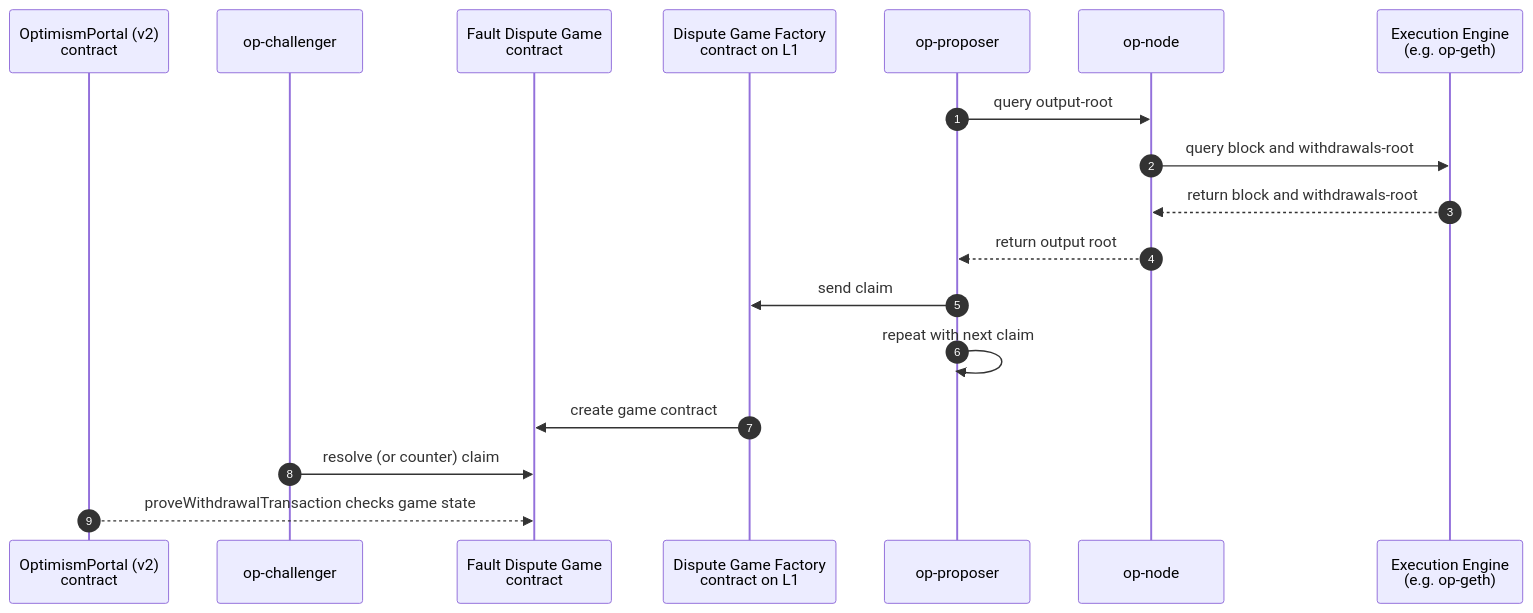
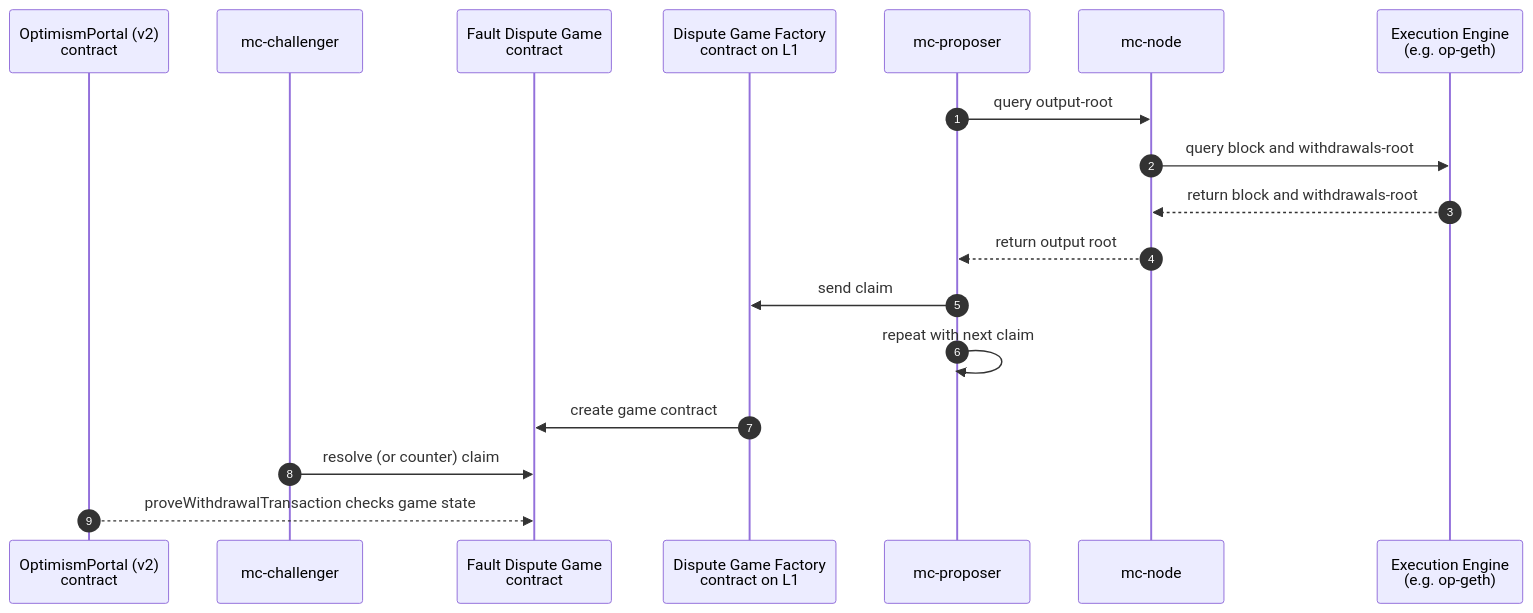
The diagram in releases/cannon-v1.6.0/mc-proposer/README.md (arunjot12/mind-chain), drawn with Mermaid before and after one commit. The commit also changed other lines of this file and 4220 other files, not shown here.

````diff
--- a/releases/cannon-v1.6.0/mc-proposer/README.md
+++ b/releases/cannon-v1.6.0/mc-proposer/README.md
@@ -74,22 +74,22 @@
 ```mermaid
 sequenceDiagram
 autonumber
 
 participant portal as OptimismPortal (v2)<br/> contract
-participant challenger as op-challenger
+participant challenger as mc-challenger
 participant claim as Fault Dispute Game<br/> contract
 participant dgf as Dispute Game Factory<br/> contract on L1
-participant proposer as op-proposer
-participant opnode as op-node
+participant proposer as mc-proposer
+participant opnode as mc-node
 participant el as Execution Engine<br/> (e.g. op-geth)
 
 proposer ->>opnode: query output-root
 opnode ->>el: query block and withdrawals-root
 el -->> opnode: return block and withdrawals-root
 opnode -->> proposer: return output root
 proposer ->> dgf: send claim
 proposer ->> proposer: repeat with next claim
 dgf ->> claim: create game contract
 challenger ->> claim: resolve (or counter) claim
 portal -->> claim: proveWithdrawalTransaction checks game state
 ```
````
